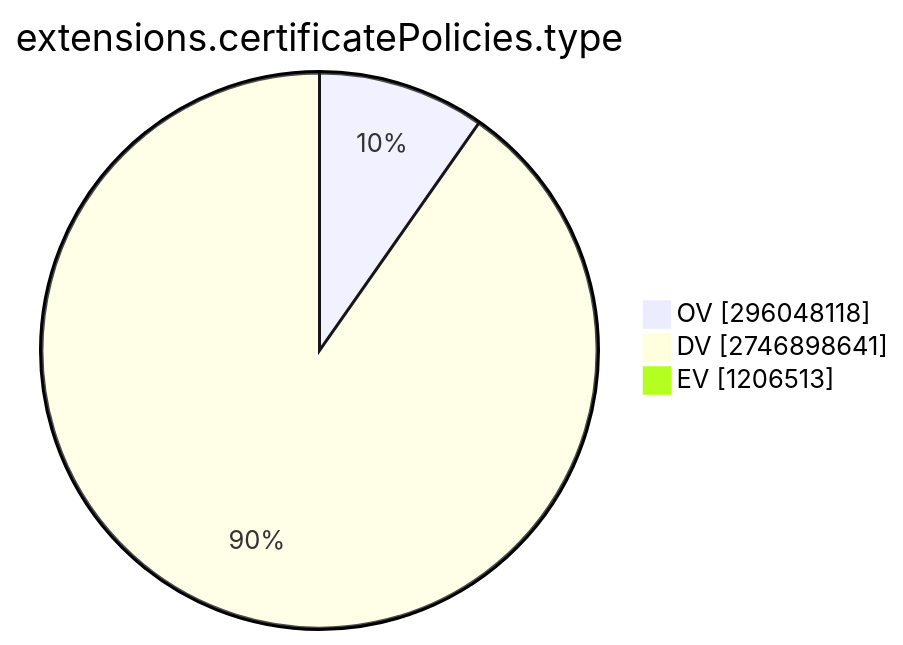
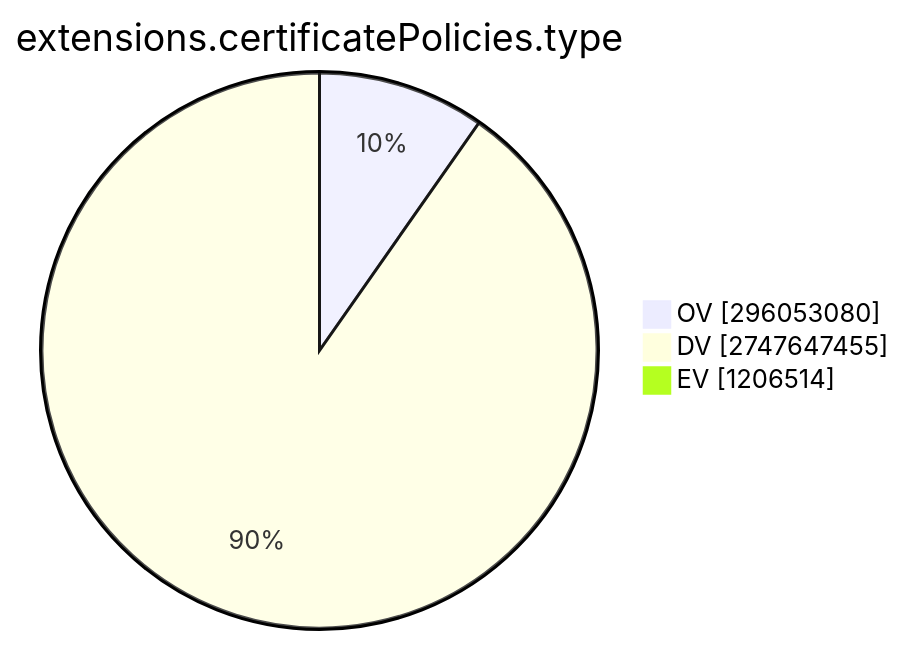
One commit to christiankrug/ctmonitor_visualization changed the ninth of 15 diagrams in TOTAL/README.md. Above: the diagram before and after it, drawn with Mermaid. The commit also changed other lines of this file, not shown here.

````diff
--- a/TOTAL/README.md
+++ b/TOTAL/README.md
@@ -3098,7 +3098,7 @@
 ```mermaid
 pie showData
 title extensions.certificatePolicies.type
-"OV" :296048118
-"DV" :2746898641
-"EV" :1206513
+"OV" :296053080
+"DV" :2747647455
+"EV" :1206514
 ```
````
